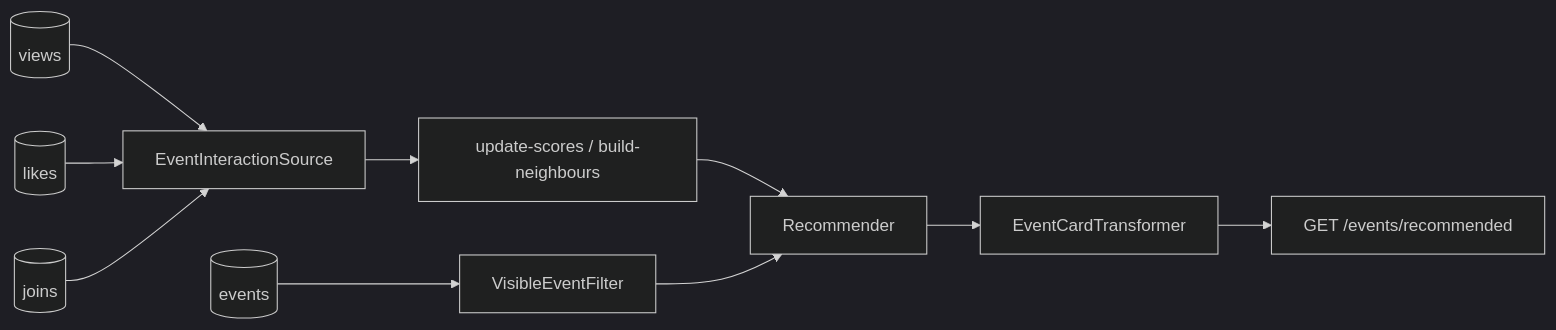
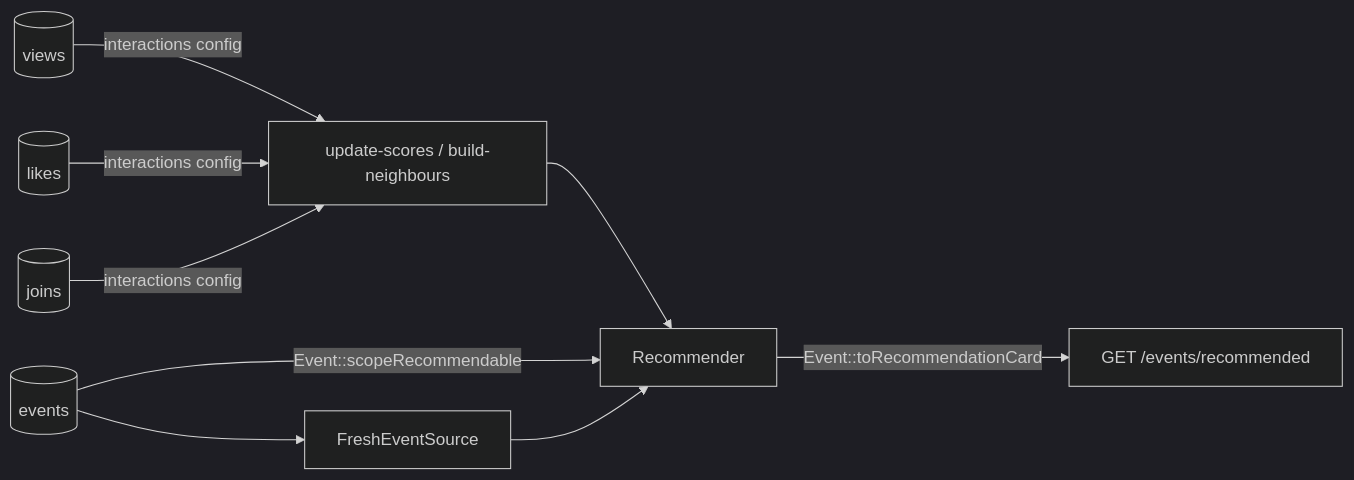
One commit to solutionforest/laravel-recommender changed the diagram in examples/events/README.md. Above: the diagram before and after it, drawn with Mermaid (dark theme). The commit also changed other lines of this file and 56 other files, not shown here.

````diff
--- a/examples/events/README.md
+++ b/examples/events/README.md
@@ -15,8 +15,8 @@
 ```mermaid
 flowchart LR
-  V[(views)] & L[(likes)] & J[(joins)] --> I[EventInteractionSource]
-  I --> Jobs["update-scores / build-neighbours"]
+  V[(views)] & L[(likes)] & J[(joins)] -->|interactions config| Jobs["update-scores / build-neighbours"]
   Jobs --> R[Recommender]
-  E[(events)] --> F[VisibleEventFilter] --> R
-  R --> C[EventCardTransformer] --> API["GET /events/recommended"]
+  E[(events)] -->|Event::scopeRecommendable| R
+  E --> FS[FreshEventSource] --> R
+  R -->|Event::toRecommendationCard| API["GET /events/recommended"]
 ```
````
